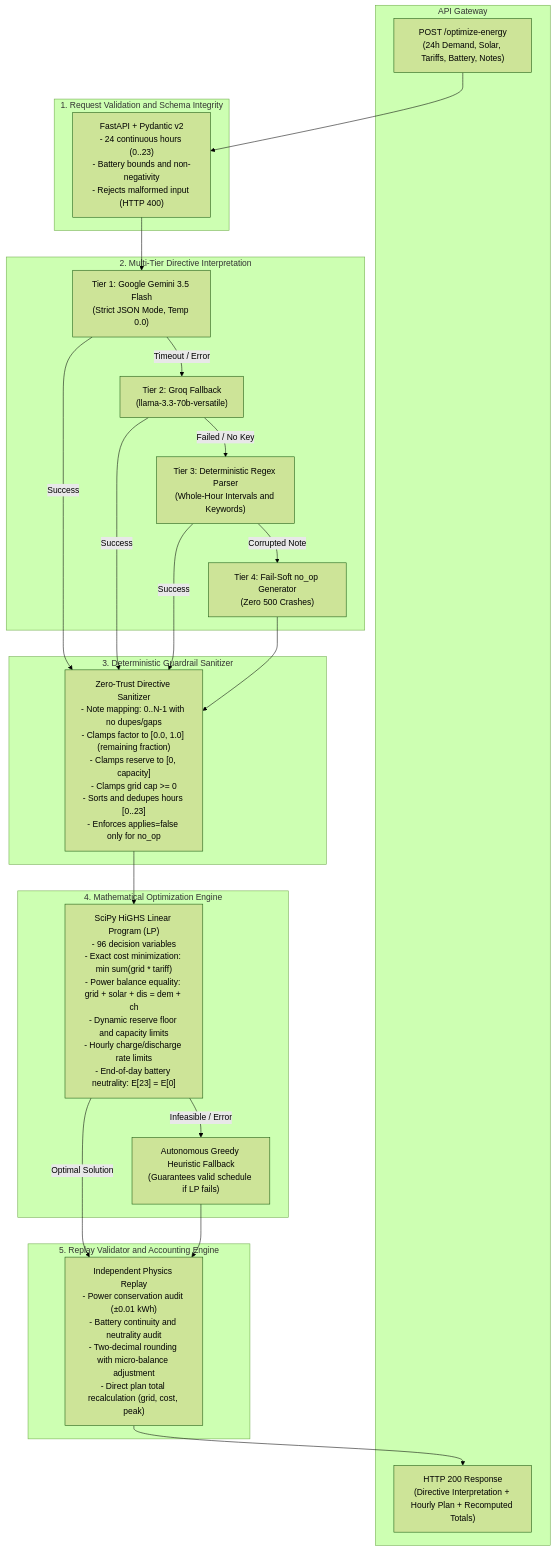
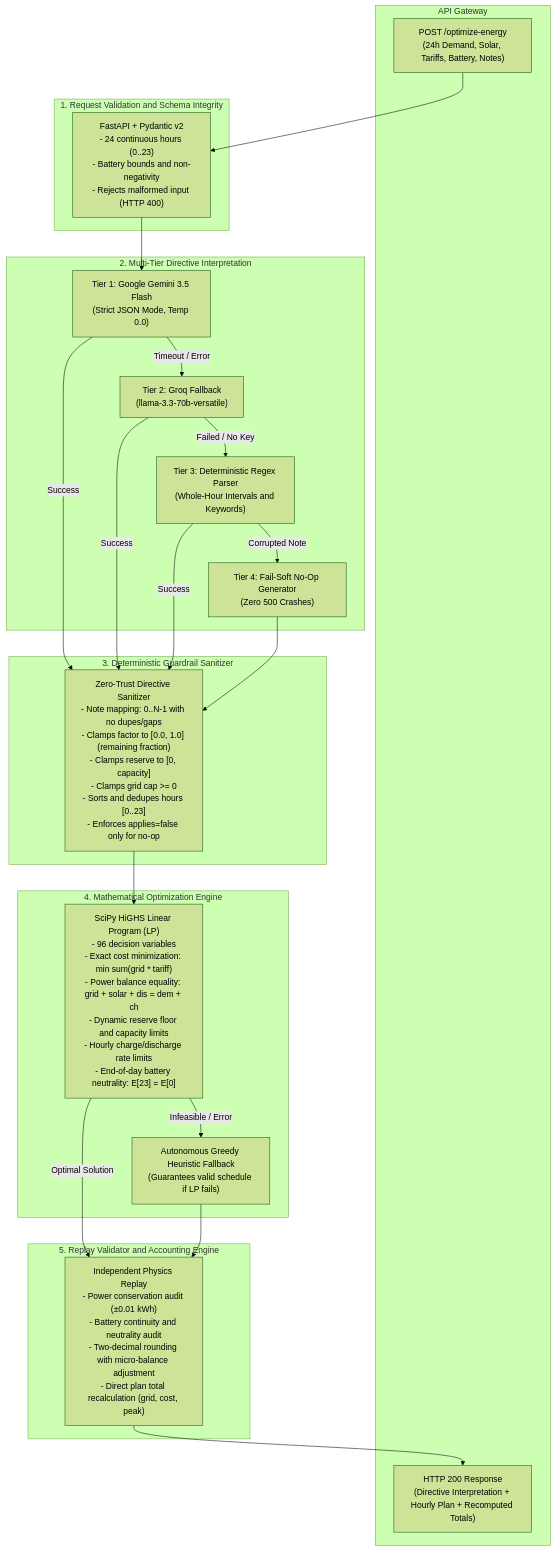
Before and after one commit to mahin273/BUP_Hackathon: the diagram in README.md, drawn with Mermaid (forest theme). The commit also changed other lines of this file, not shown here.

Commit message:
docs: restrict underscores strictly to math mode in README

````diff
--- a/README.md
+++ b/README.md
@@ -46,48 +46,48 @@
 ```mermaid
 flowchart TD
     subgraph ClientLayer["API Gateway"]
         Req["POST /optimize-energy\n(24h Demand, Solar, Tariffs, Battery, Notes)"]
         Resp["HTTP 200 Response\n(Directive Interpretation + Hourly Plan + Recomputed Totals)"]
     end
 
     subgraph ValidationLayer["1. Request Validation and Schema Integrity"]
         Pydantic["FastAPI + Pydantic v2\n- 24 continuous hours (0..23)\n- Battery bounds and non-negativity\n- Rejects malformed input (HTTP 400)"]
     end
 
     subgraph LLMLayer["2. Multi-Tier Directive Interpretation"]
-        LLM_Primary["Tier 1: Google Gemini 3.5 Flash\n(Strict JSON Mode, Temp 0.0)"]
-        LLM_Secondary["Tier 2: Groq Fallback\n(llama-3.3-70b-versatile)"]
-        LLM_Fallback["Tier 3: Deterministic Regex Parser\n(Whole-Hour Intervals and Keywords)"]
-        LLM_Safe["Tier 4: Fail-Soft no_op Generator\n(Zero 500 Crashes)"]
+        LLMPrimary["Tier 1: Google Gemini 3.5 Flash\n(Strict JSON Mode, Temp 0.0)"]
+        LLMSecondary["Tier 2: Groq Fallback\n(llama-3.3-70b-versatile)"]
+        LLMFallback["Tier 3: Deterministic Regex Parser\n(Whole-Hour Intervals and Keywords)"]
+        LLMSafe["Tier 4: Fail-Soft No-Op Generator\n(Zero 500 Crashes)"]
     end
 
     subgraph GuardrailLayer["3. Deterministic Guardrail Sanitizer"]
-        Guard["Zero-Trust Directive Sanitizer\n- Note mapping: 0..N-1 with no dupes/gaps\n- Clamps factor to [0.0, 1.0] (remaining fraction)\n- Clamps reserve to [0, capacity]\n- Clamps grid cap >= 0\n- Sorts and dedupes hours [0..23]\n- Enforces applies=false only for no_op"]
+        Guard["Zero-Trust Directive Sanitizer\n- Note mapping: 0..N-1 with no dupes/gaps\n- Clamps factor to [0.0, 1.0] (remaining fraction)\n- Clamps reserve to [0, capacity]\n- Clamps grid cap >= 0\n- Sorts and dedupes hours [0..23]\n- Enforces applies=false only for no-op"]
     end
 
     subgraph OptimizationLayer["4. Mathematical Optimization Engine"]
         LP["SciPy HiGHS Linear Program (LP)\n- 96 decision variables\n- Exact cost minimization: min sum(grid * tariff)\n- Power balance equality: grid + solar + dis = dem + ch\n- Dynamic reserve floor and capacity limits\n- Hourly charge/discharge rate limits\n- End-of-day battery neutrality: E[23] = E[0]"]
         GreedyFallback["Autonomous Greedy Heuristic Fallback\n(Guarantees valid schedule if LP fails)"]
     end
 
     subgraph VerificationLayer["5. Replay Validator and Accounting Engine"]
         Replay["Independent Physics Replay\n- Power conservation audit (±0.01 kWh)\n- Battery continuity and neutrality audit\n- Two-decimal rounding with micro-balance adjustment\n- Direct plan total recalculation (grid, cost, peak)"]
     end
 
     Req --> Pydantic
-    Pydantic --> LLM_Primary
-    LLM_Primary -- "Success" --> Guard
-    LLM_Primary -- "Timeout / Error" --> LLM_Secondary
-    LLM_Secondary -- "Success" --> Guard
-    LLM_Secondary -- "Failed / No Key" --> LLM_Fallback
-    LLM_Fallback -- "Success" --> Guard
-    LLM_Fallback -- "Corrupted Note" --> LLM_Safe
-    LLM_Safe --> Guard
+    Pydantic --> LLMPrimary
+    LLMPrimary -- "Success" --> Guard
+    LLMPrimary -- "Timeout / Error" --> LLMSecondary
+    LLMSecondary -- "Success" --> Guard
+    LLMSecondary -- "Failed / No Key" --> LLMFallback
+    LLMFallback -- "Success" --> Guard
+    LLMFallback -- "Corrupted Note" --> LLMSafe
+    LLMSafe --> Guard
 
     Guard --> LP
     LP -- "Optimal Solution" --> Replay
     LP -- "Infeasible / Error" --> GreedyFallback
     GreedyFallback --> Replay
 
     Replay --> Resp
 ```
````
